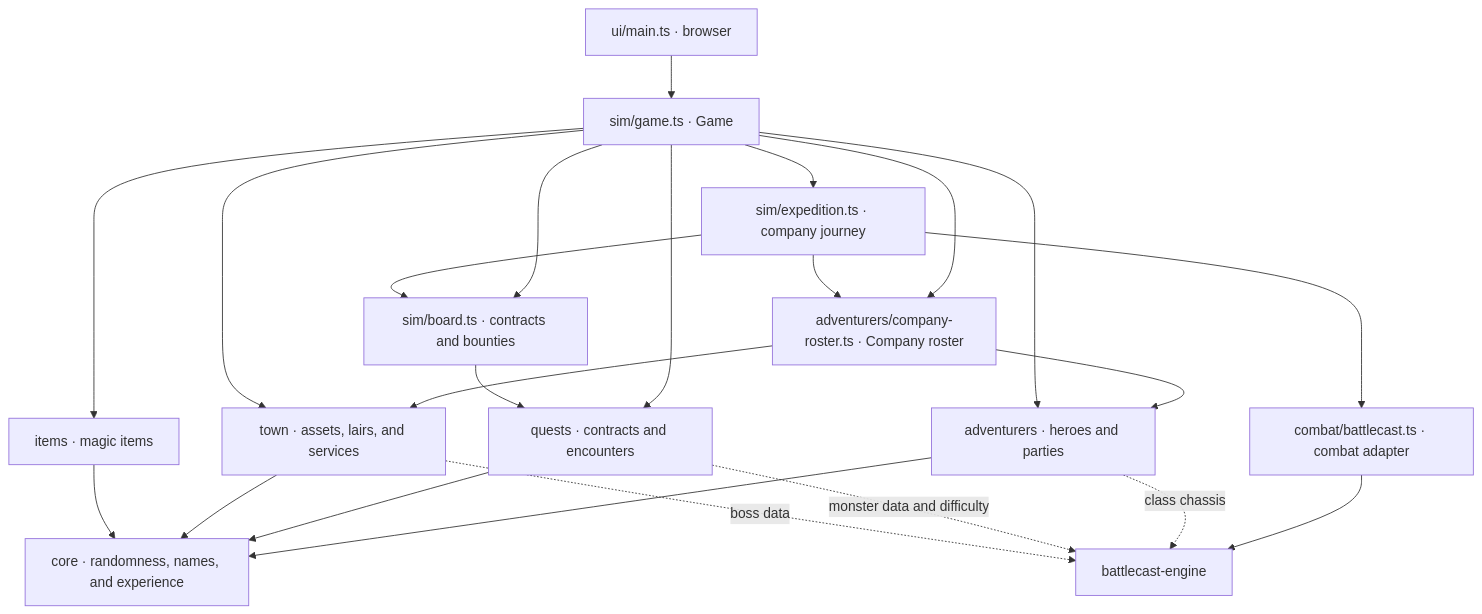
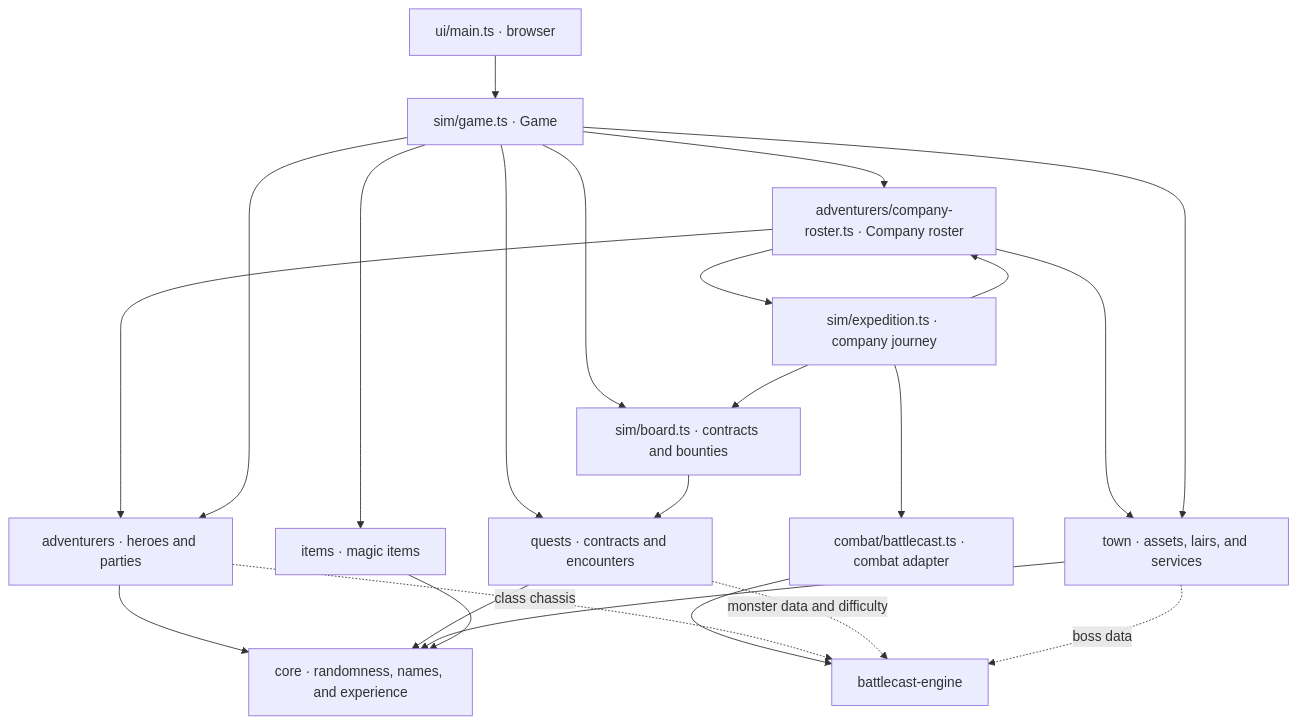
The diagram in docs/ARCHITECTURE-INTERFACES.md (carloscasalar/d20-idle-town), drawn with Mermaid before and after one commit. The commit also changed other lines of this file and 18 other files, not shown here.

````diff
--- a/docs/ARCHITECTURE-INTERFACES.md
+++ b/docs/ARCHITECTURE-INTERFACES.md
@@ -7,25 +7,25 @@
 ```mermaid
 flowchart TD
   UI["ui/main.ts · browser"] --> GAME["sim/game.ts · Game"]
   GAME --> ROSTER["adventurers/company-roster.ts · Company roster"]
   ROSTER --> PEOPLE
   ROSTER --> TOWN
   EXPEDITION --> ROSTER
   GAME --> PEOPLE["adventurers · heroes and parties"]
   GAME --> QUESTS["quests · contracts and encounters"]
   GAME --> TOWN["town · assets, lairs, and services"]
   GAME --> ITEMS["items · magic items"]
   GAME --> BOARD["sim/board.ts · contracts and bounties"]
   BOARD --> QUESTS
-  GAME --> EXPEDITION["sim/expedition.ts · company journey"]
+  ROSTER --> EXPEDITION["sim/expedition.ts · company journey"]
   EXPEDITION --> BOARD
   EXPEDITION --> COMBAT["combat/battlecast.ts · combat adapter"]
   PEOPLE --> CORE["core · randomness, names, and experience"]
   QUESTS --> CORE
   TOWN --> CORE
   ITEMS --> CORE
   COMBAT --> ENGINE["battlecast-engine"]
   PEOPLE -. "class chassis" .-> ENGINE
   QUESTS -. "monster data and difficulty" .-> ENGINE
   TOWN -. "boss data" .-> ENGINE
 ```
````
